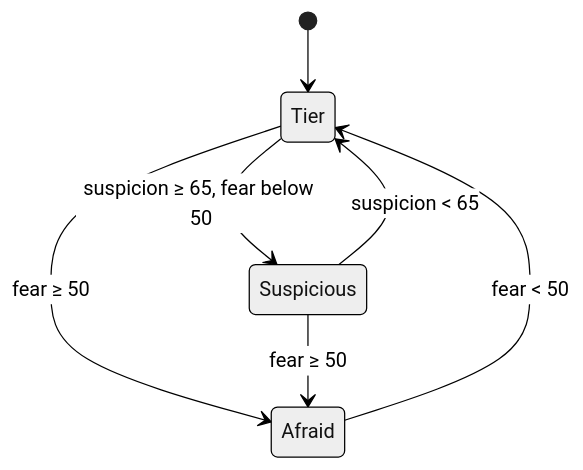
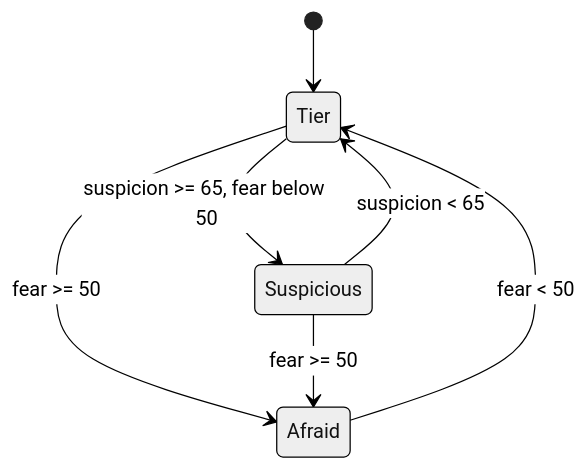
One commit to jgyy/nextxian changed the eighth of 15 diagrams in docs/ARCHITECTURE.md. Above: the diagram before and after it, drawn with Mermaid (neutral theme). The commit also changed other lines of this file and 68 other files, not shown here.

````diff
--- a/docs/ARCHITECTURE.md
+++ b/docs/ARCHITECTURE.md
@@ -136,9 +171,9 @@
 ```mermaid
 stateDiagram-v2
   [*] --> Tier
-  Tier --> Afraid: fear ≥ 50
-  Tier --> Suspicious: suspicion ≥ 65, fear below 50
+  Tier --> Afraid: fear >= 50
+  Tier --> Suspicious: suspicion >= 65, fear below 50
   Afraid --> Tier: fear < 50
   Suspicious --> Tier: suspicion < 65
-  Suspicious --> Afraid: fear ≥ 50
+  Suspicious --> Afraid: fear >= 50
 ```
````
